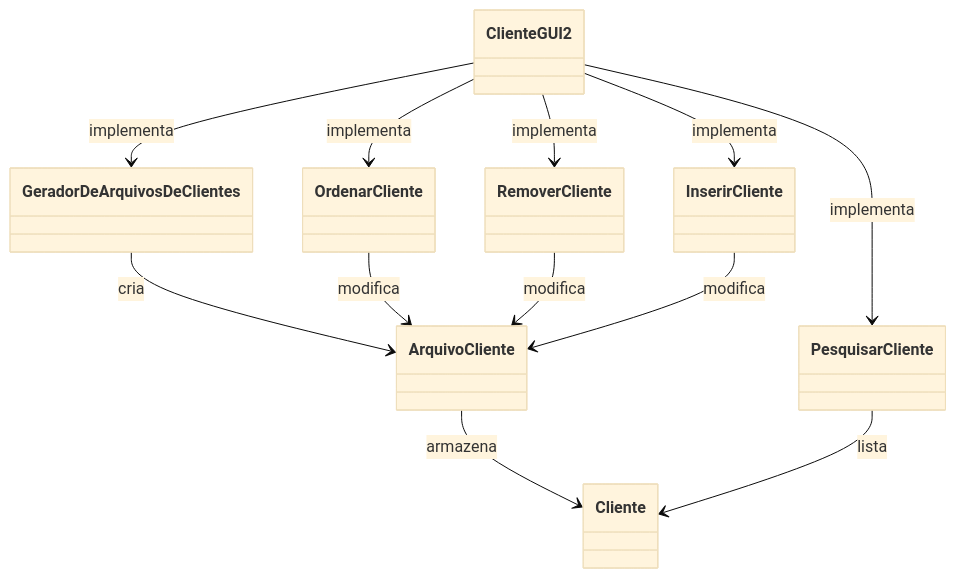
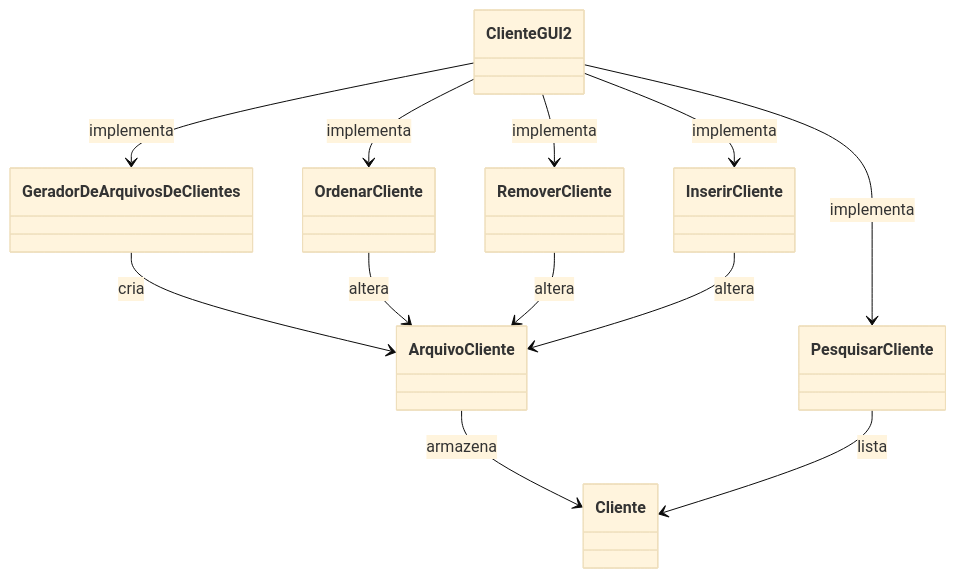
Before and after one commit to JoaoPPagotto/gestao-de-clientes: the diagram in JoaoPedroPagotto.md, drawn with Mermaid (base theme).

````diff
--- a/JoaoPedroPagotto.md
+++ b/JoaoPedroPagotto.md
@@ -37,33 +37,33 @@
 ```mermaid
 classDiagram
 class ClienteGUI2 { }
 
 class RemoverCliente { }
 
 class InserirCliente { }
 
 class PesquisarCliente { }
 
 class GeradorDeArquivosDeClientes { }
 
 class OrdenarCliente { }
 
 class ArquivoCliente { }
 
 class Cliente { }
 
 GeradorDeArquivosDeClientes --> ArquivoCliente : cria
 ArquivoCliente --> Cliente : armazena
 
 ClienteGUI2 --> GeradorDeArquivosDeClientes : implementa
 ClienteGUI2 --> InserirCliente : implementa
 ClienteGUI2 --> RemoverCliente : implementa
 ClienteGUI2 --> PesquisarCliente : implementa
 ClienteGUI2 --> OrdenarCliente : implementa
 
-OrdenarCliente --> ArquivoCliente : modifica
-RemoverCliente --> ArquivoCliente : modifica
-InserirCliente --> ArquivoCliente : modifica
+OrdenarCliente --> ArquivoCliente : altera
+RemoverCliente --> ArquivoCliente : altera
+InserirCliente --> ArquivoCliente : altera
 
 PesquisarCliente --> Cliente : lista 
 ```
````
